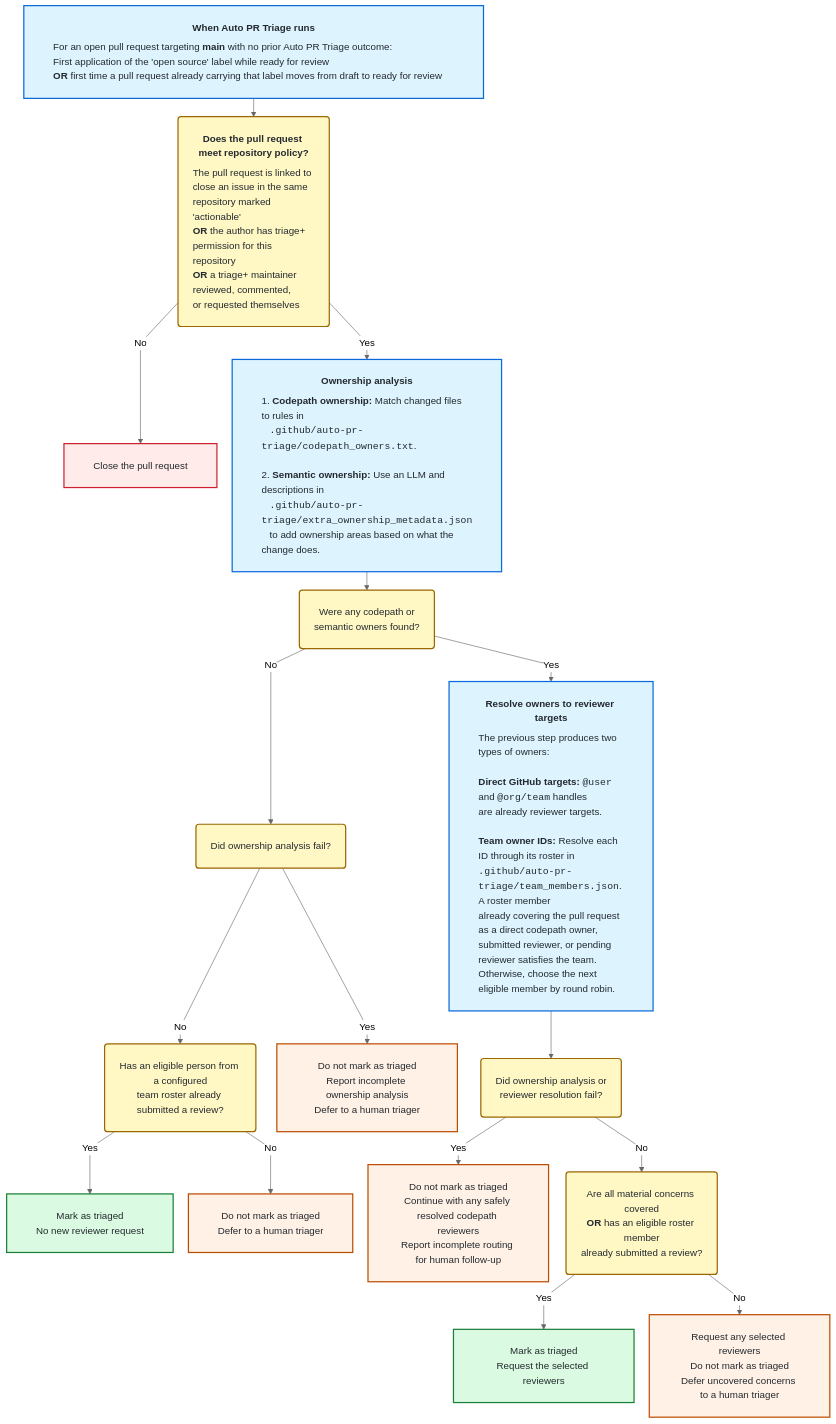
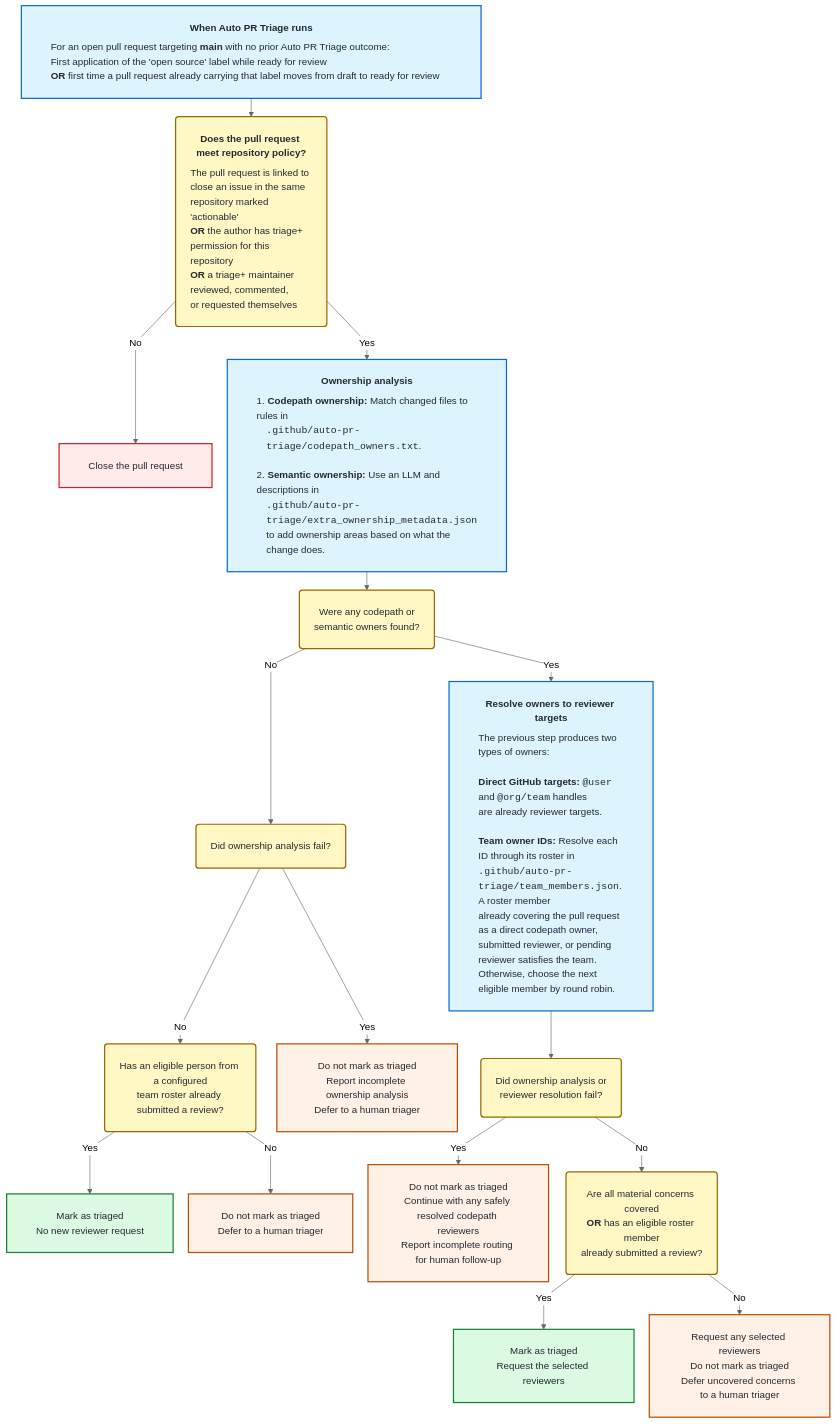
The diagram in docs/auto-pr-triage-overview.mmd (pytorch/pytorch), drawn with Mermaid before and after one commit. The commit also changed 14 other files, not shown here.

```diff
--- a/docs/auto-pr-triage-overview.mmd
+++ b/docs/auto-pr-triage-overview.mmd
@@ -1,60 +1,60 @@
 %% Auto PR Triage user-facing decision flow.
 %% Regenerate from the repository root:
 %% npx -y @mermaid-js/mermaid-cli@10.9.1 -i docs/auto-pr-triage-overview.mmd -o docs/auto-pr-triage-overview.svg -b transparent
 %%{init: {"theme": "neutral", "themeCSS": ".nodeLabel, span.edgeLabel { display: inline-block; padding: 3px 12px 5px 3px; } .label foreignObject { overflow: visible; }", "flowchart": {"curve": "linear", "diagramPadding": 24, "htmlLabels": true, "nodeSpacing": 25, "padding": 24, "rankSpacing": 30}}}%%
 flowchart TB
   START["<div style='text-align:center'><b>When Auto PR Triage runs</b></div><div style='text-align:left;margin-top:8px;padding-right:20px;white-space:nowrap'>For an open pull request targeting <b>main</b> with no prior Auto PR Triage outcome:<br/>First application of the 'open source' label while ready for review<br/><b>OR</b> first time a pull request already carrying that label moves from draft to ready for review</div>"]
 
   ENTRY("<div style='text-align:center'><b>Does the pull request meet repository policy?</b></div><div style='text-align:left;margin-top:8px'>The pull request is linked to close an issue in the same<br/>repository marked 'actionable'<br/><b>OR</b> the author has triage+ permission for this repository<br/><b>OR</b> a triage+ maintainer reviewed, commented,<br/>or requested themselves</div>")
   CLOSE["Close the pull request"]
 
-  OWNERSHIP["<div style='text-align:center'><b>Ownership analysis</b></div><div style='text-align:left;margin-top:8px'>1. <b>Codepath ownership:</b> Match changed files to rules in<br/>&nbsp;&nbsp;&nbsp;<code>.github/auto-pr-triage/codepath_owners.txt</code>.<br/><br/>2. <b>Semantic ownership:</b> Use an LLM and descriptions in<br/>&nbsp;&nbsp;&nbsp;<code>.github/auto-pr-triage/extra_ownership_metadata.json</code><br/>&nbsp;&nbsp;&nbsp;to add ownership areas based on what the change does.</div>"]
+  OWNERSHIP["<div style='text-align:center'><b>Ownership analysis</b></div><div style='text-align:left;margin-top:8px'>1. <b>Codepath ownership:</b> Match changed files to rules in<br/><span style='display:inline-block;padding-left:1em'><code>.github/auto-pr-triage/codepath_owners.txt</code>.</span><br/><br/>2. <b>Semantic ownership:</b> Use an LLM and descriptions in<br/><span style='display:inline-block;padding-left:1em'><code>.github/auto-pr-triage/extra_ownership_metadata.json</code></span><br/><span style='display:inline-block;padding-left:1em'>to add ownership areas based on what the change does.</span></div>"]
   HAS_OWNERS("Were any codepath or<br/>semantic owners found?")
 
   REVIEW_PLAN["<div style='text-align:center'><b>Resolve owners to reviewer targets</b></div><div style='text-align:left;margin-top:8px'>The previous step produces two types of owners:<br/><br/><b>Direct GitHub targets:</b> <code>@user</code> and <code>@org/team</code> handles<br/>are already reviewer targets.<br/><br/><b>Team owner IDs:</b> Resolve each ID through its roster in<br/><code>.github/auto-pr-triage/team_members.json</code>. A roster member<br/>already covering the pull request as a direct codepath owner,<br/>submitted reviewer, or pending reviewer satisfies the team.<br/>Otherwise, choose the next eligible member by round robin.</div>"]
   ROUTING_FAILED("Did ownership analysis or<br/>reviewer resolution fail?")
   COVERED_OR_HANDOFF("Are all material concerns covered<br/><b>OR</b> has an eligible roster member<br/>already submitted a review?")
 
   ANALYSIS_FAILED("Did ownership analysis fail?")
   SUBMITTED("Has an eligible person from a configured<br/>team roster already submitted a review?")
   HANDOFF["Mark as triaged<br/>No new reviewer request"]
   HUMAN_TRIAGE["Do not mark as triaged<br/>Defer to a human triager"]
   ANALYSIS_INCOMPLETE["Do not mark as triaged<br/>Report incomplete ownership analysis<br/>Defer to a human triager"]
   ROUTING_INCOMPLETE["Do not mark as triaged<br/>Continue with any safely resolved codepath reviewers<br/>Report incomplete routing for human follow-up"]
   PARTIAL_ROUTING["Request any selected reviewers<br/>Do not mark as triaged<br/>Defer uncovered concerns to a human triager"]
 
   ROUTED["Mark as triaged<br/>Request the selected reviewers"]
 
   START --> ENTRY
 
   ENTRY -- No --> CLOSE
 
   ENTRY -- Yes --> OWNERSHIP
   OWNERSHIP --> HAS_OWNERS
 
   HAS_OWNERS -- No --> ANALYSIS_FAILED
   ANALYSIS_FAILED -- No --> SUBMITTED
   SUBMITTED -- Yes --> HANDOFF
   SUBMITTED -- No --> HUMAN_TRIAGE
   ANALYSIS_FAILED -- Yes --> ANALYSIS_INCOMPLETE
 
   HAS_OWNERS -- Yes --> REVIEW_PLAN
   REVIEW_PLAN --> ROUTING_FAILED
   ROUTING_FAILED -- Yes --> ROUTING_INCOMPLETE
   ROUTING_FAILED -- No --> COVERED_OR_HANDOFF
   COVERED_OR_HANDOFF -- Yes --> ROUTED
   COVERED_OR_HANDOFF -- No --> PARTIAL_ROUTING
 
   classDef start fill:#ddf4ff,stroke:#0969da,color:#24292f,stroke-width:2px
   classDef decision fill:#fff8c5,stroke:#9a6700,color:#24292f,stroke-width:2px
   classDef work fill:#ddf4ff,stroke:#0969da,color:#24292f,stroke-width:2px
   classDef close fill:#ffebe9,stroke:#cf222e,color:#24292f,stroke-width:2px
   classDef triaged fill:#dafbe1,stroke:#1a7f37,color:#24292f,stroke-width:2px
   classDef followup fill:#fff1e5,stroke:#bc4c00,color:#24292f,stroke-width:2px
 
   class START start
   class ENTRY,HAS_OWNERS,ANALYSIS_FAILED,SUBMITTED,ROUTING_FAILED,COVERED_OR_HANDOFF decision
   class OWNERSHIP,REVIEW_PLAN work
   class CLOSE close
   class HANDOFF,ROUTED triaged
   class ANALYSIS_INCOMPLETE,ROUTING_INCOMPLETE,PARTIAL_ROUTING,HUMAN_TRIAGE followup
```
